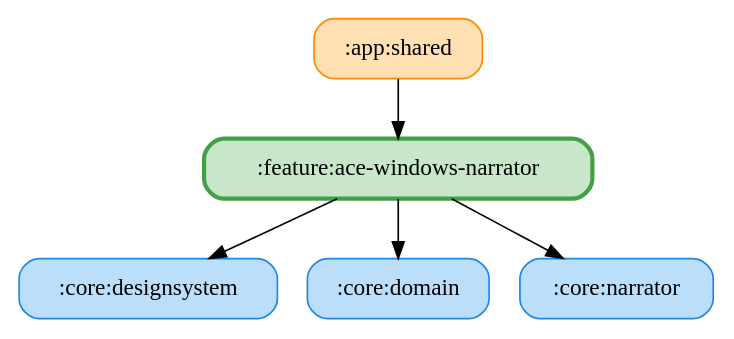
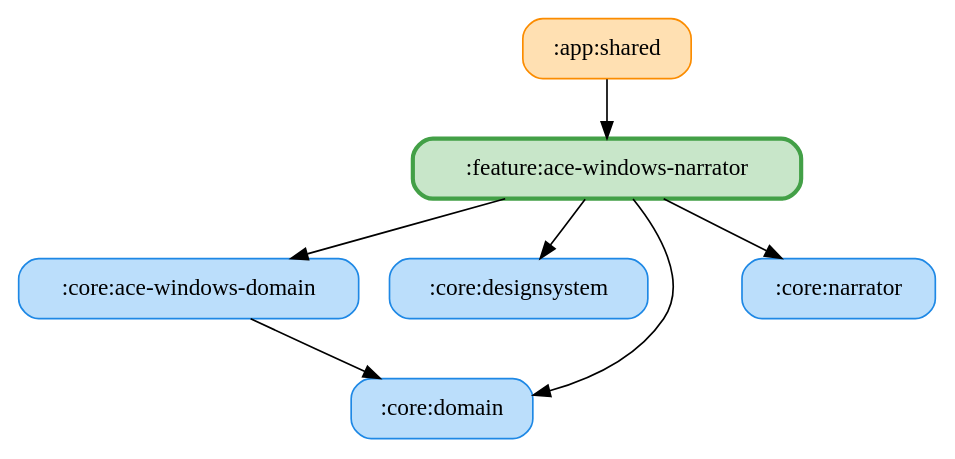
One commit to ai-kurou/KoDriver changed the diagram in docs/graphs/feature-ace-windows-narrator.gv. Above: the diagram before and after it, drawn with Graphviz. The commit also changed 34 other files, not shown here.

Commit message:
chore: update module graph images

```diff
--- a/docs/graphs/feature-ace-windows-narrator.gv
+++ b/docs/graphs/feature-ace-windows-narrator.gv
@@ -1,13 +1,16 @@
 digraph G {
   rankdir=TB
   node [shape=box, style="rounded,filled"]
   ":app:shared" [fillcolor="#FFE0B2", color="#FB8C00", penwidth=1]
+  ":core:ace-windows-domain" [fillcolor="#BBDEFB", color="#1E88E5", penwidth=1]
   ":core:designsystem" [fillcolor="#BBDEFB", color="#1E88E5", penwidth=1]
   ":core:domain" [fillcolor="#BBDEFB", color="#1E88E5", penwidth=1]
   ":core:narrator" [fillcolor="#BBDEFB", color="#1E88E5", penwidth=1]
   ":feature:ace-windows-narrator" [fillcolor="#C8E6C9", color="#43A047", penwidth=2.5]
   ":app:shared" -> ":feature:ace-windows-narrator"
+  ":core:ace-windows-domain" -> ":core:domain"
   ":feature:ace-windows-narrator" -> ":core:domain"
+  ":feature:ace-windows-narrator" -> ":core:ace-windows-domain"
   ":feature:ace-windows-narrator" -> ":core:designsystem"
   ":feature:ace-windows-narrator" -> ":core:narrator"
 }
```
